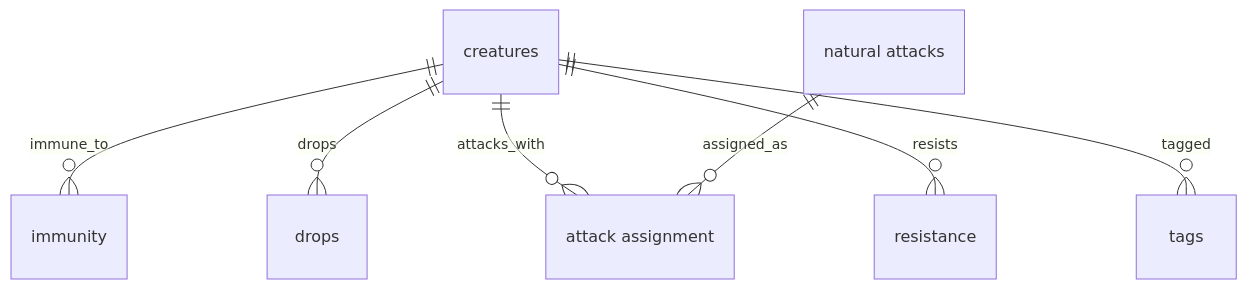
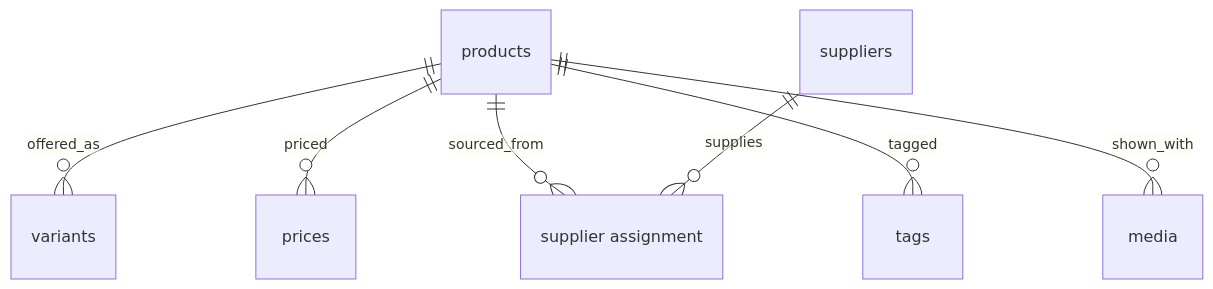
One commit to jonasferagen/agent-skills changed the fifth of 7 diagrams in skills/authoring/diagrams-and-tables/references/er/examples.md. Above: the diagram before and after it, drawn with Mermaid. The commit also changed other lines of this file and 95 other files, not shown here.

````diff
--- a/skills/authoring/diagrams-and-tables/references/er/examples.md
+++ b/skills/authoring/diagrams-and-tables/references/er/examples.md
@@ -128,17 +123,17 @@
 ```mermaid
 erDiagram
-  GAME_CREATURES["creatures"]
-  GAME_CREATURE_CONDITION_IMMUNITY["immunity"]
-  GAME_CREATURE_DROP["drops"]
-  GAME_CREATURE_NATURAL_ATTACK["attack assignment"]
-  GAME_CREATURE_RESISTANCE["resistance"]
-  GAME_CREATURE_TAG["tags"]
-  GAME_NATURAL_ATTACKS["natural attacks"]
+  PRODUCTS["products"]
+  PRODUCT_VARIANTS["variants"]
+  PRODUCT_PRICES["prices"]
+  PRODUCT_SUPPLIERS["supplier assignment"]
+  PRODUCT_TAGS["tags"]
+  PRODUCT_MEDIA["media"]
+  SUPPLIERS["suppliers"]
 
-  GAME_CREATURES ||--o{ GAME_CREATURE_CONDITION_IMMUNITY : immune_to
-  GAME_CREATURES ||--o{ GAME_CREATURE_DROP : drops
-  GAME_CREATURES ||--o{ GAME_CREATURE_NATURAL_ATTACK : attacks_with
-  GAME_CREATURES ||--o{ GAME_CREATURE_RESISTANCE : resists
-  GAME_CREATURES ||--o{ GAME_CREATURE_TAG : tagged
-  GAME_NATURAL_ATTACKS ||--o{ GAME_CREATURE_NATURAL_ATTACK : assigned_as
+  PRODUCTS ||--o{ PRODUCT_VARIANTS : offered_as
+  PRODUCTS ||--o{ PRODUCT_PRICES : priced
+  PRODUCTS ||--o{ PRODUCT_SUPPLIERS : sourced_from
+  PRODUCTS ||--o{ PRODUCT_TAGS : tagged
+  PRODUCTS ||--o{ PRODUCT_MEDIA : shown_with
+  SUPPLIERS ||--o{ PRODUCT_SUPPLIERS : supplies
 ```
````
